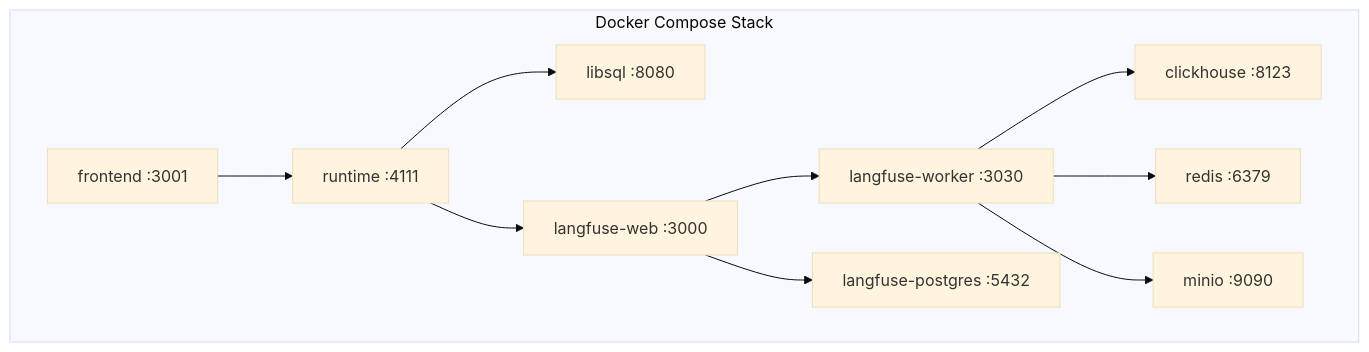
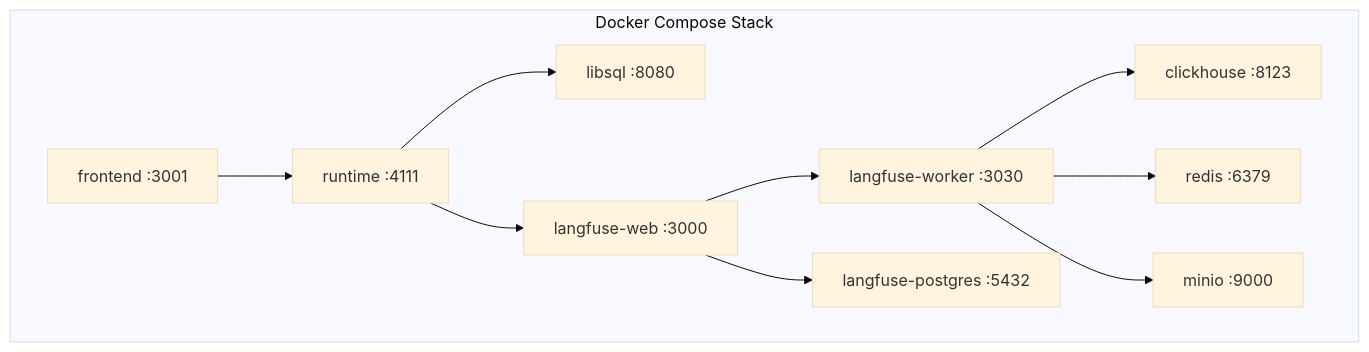
The first of 2 diagrams in SCALING.md (Agentic-Engineering-Agency/triage), drawn with Mermaid (base theme) before and after one commit. The commit also changed 20 other files, not shown here.

````diff
--- a/SCALING.md
+++ b/SCALING.md
@@ -7,22 +7,22 @@
 ```mermaid
 graph TD
     subgraph DockerCompose["Docker Compose Stack"]
         frontend["frontend :3001"]
         runtime["runtime :4111"]
         libsql["libsql :8080"]
         langfuse-web["langfuse-web :3000"]
         langfuse-worker["langfuse-worker :3030"]
         clickhouse["clickhouse :8123"]
         redis["redis :6379"]
-        minio["minio :9090"]
+        minio["minio :9000"]
         langfuse-postgres["langfuse-postgres :5432"]
     end
     frontend --> runtime
     runtime --> libsql
     runtime --> langfuse-web
     langfuse-web --> langfuse-worker
     langfuse-worker --> clickhouse
     langfuse-worker --> redis
     langfuse-worker --> minio
     langfuse-web --> langfuse-postgres
 ```
````
